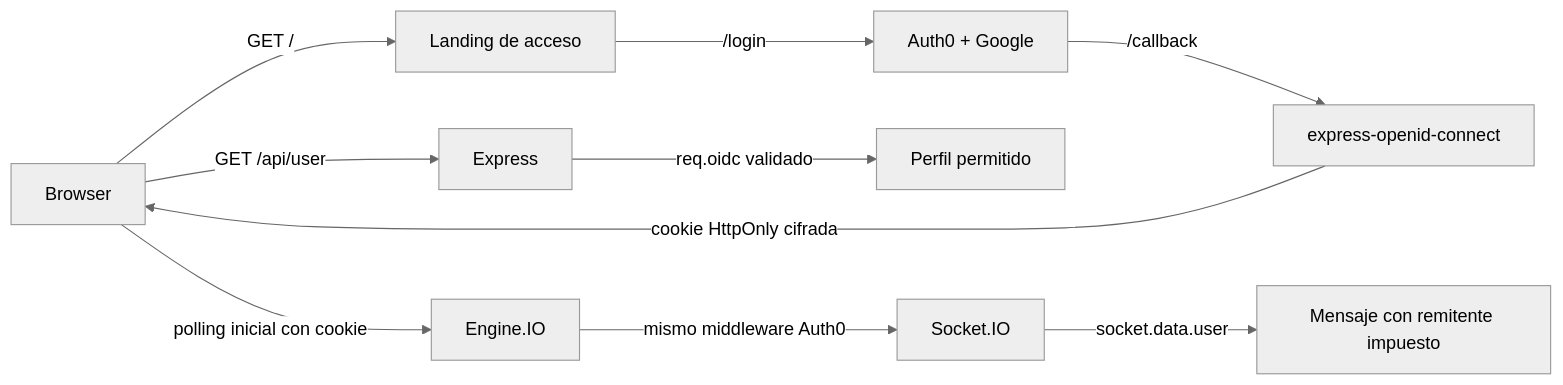
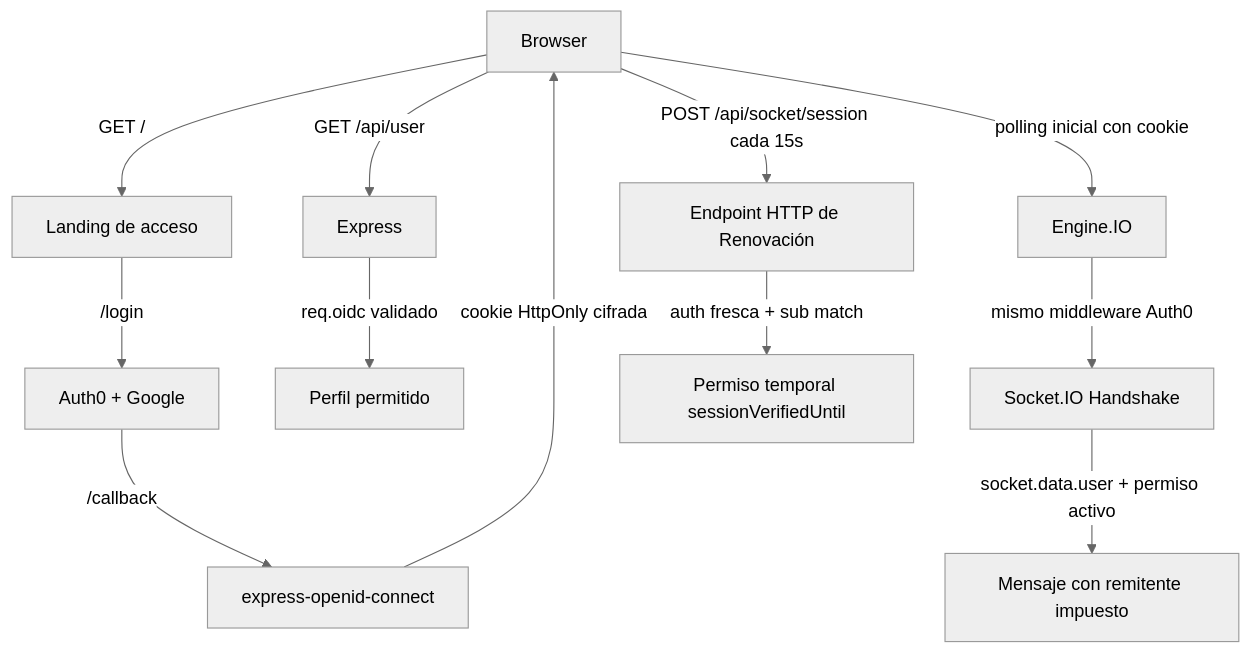
Before and after one commit to andreyhrndz/Lab5Paradigmas: the diagram in docs/us-01-auth0/README.md, drawn with Mermaid (neutral theme). The commit also changed other lines of this file and 2 other files, not shown here.

Commit message:
fix(vercel): export HTTP server and stream private assets

````diff
--- a/docs/us-01-auth0/README.md
+++ b/docs/us-01-auth0/README.md
@@ -14,12 +14,14 @@
 ```mermaid
-flowchart LR
+flowchart TD
   Browser[Browser] -->|GET /| Landing[Landing de acceso]
   Landing -->|/login| Auth0[Auth0 + Google]
   Auth0 -->|/callback| SDK[express-openid-connect]
   SDK -->|cookie HttpOnly cifrada| Browser
   Browser -->|GET /api/user| Express[Express]
   Express -->|req.oidc validado| Profile[Perfil permitido]
   Browser -->|polling inicial con cookie| Engine[Engine.IO]
-  Engine -->|mismo middleware Auth0| Socket[Socket.IO]
-  Socket -->|socket.data.user| Chat[Mensaje con remitente impuesto]
+  Engine -->|mismo middleware Auth0| Socket[Socket.IO Handshake]
+  Browser -->|POST /api/socket/session cada 15s| Refresh[Endpoint HTTP de Renovación]
+  Refresh -->|auth fresca + sub match| Permit[Permiso temporal sessionVerifiedUntil]
+  Socket -->|socket.data.user + permiso activo| Chat[Mensaje con remitente impuesto]
 ```
````
